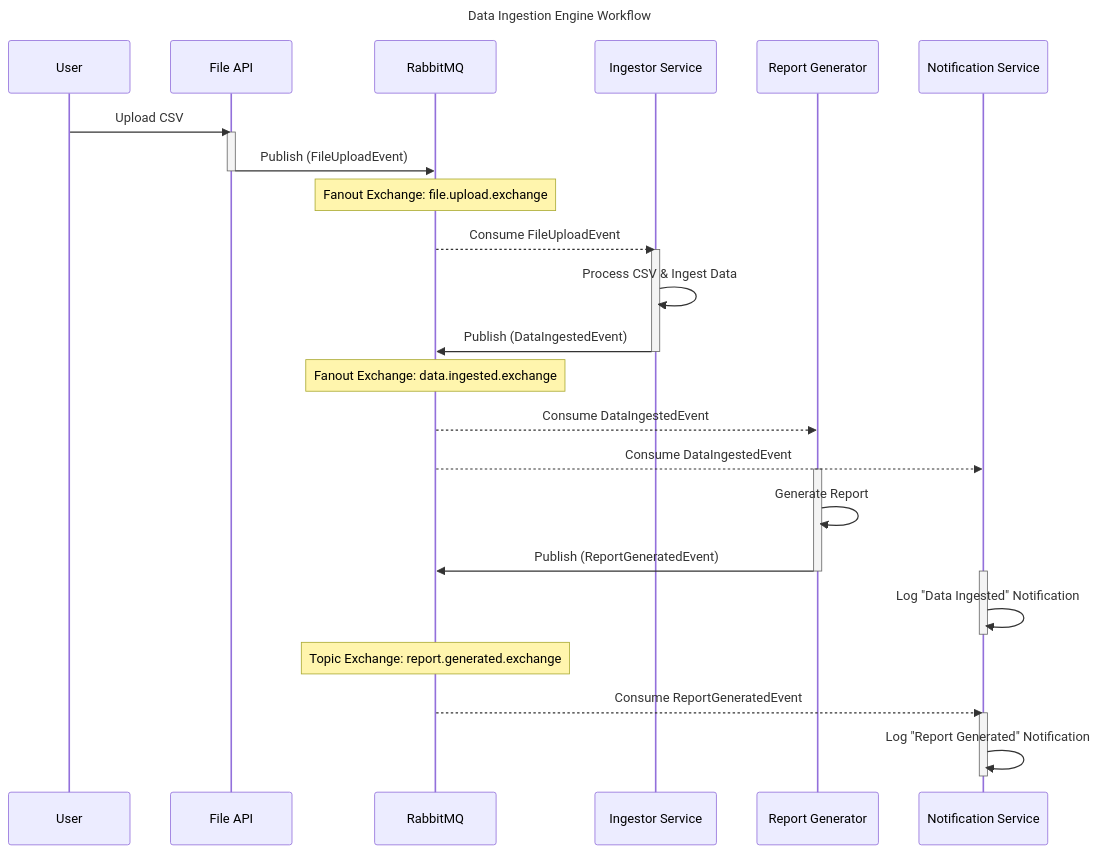
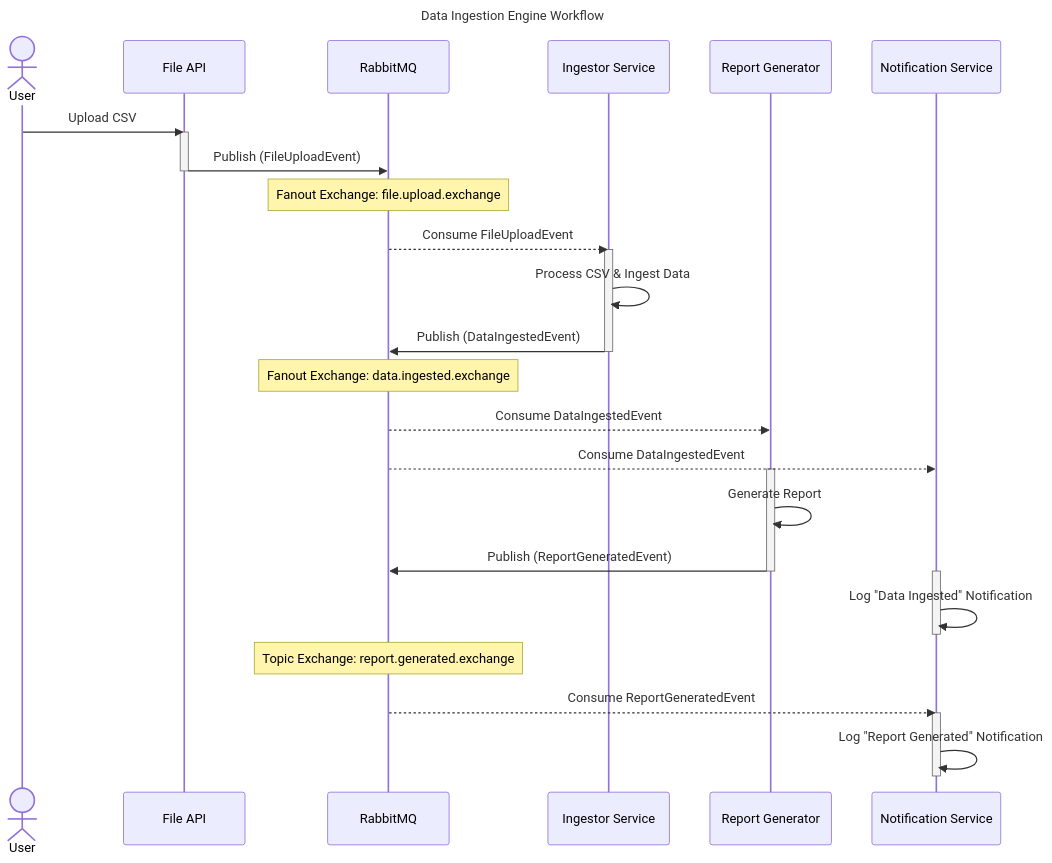
Before and after one commit to jnolasco-portfolio/rabbitmq-data-ingestion-engine: the diagram in README.md, drawn with Mermaid. The commit also changed other lines of this file, not shown here.

Commit message:
README.md User showed with Actor symbol in diagram.

````diff
--- a/README.md
+++ b/README.md
@@ -19,44 +19,44 @@
 ```mermaid
 sequenceDiagram
-    participant User
+    actor User
     participant FileAPI as File API
     participant RabbitMQ
     participant Ingestor as Ingestor Service
     participant Reporter as Report Generator
     participant Notifier as Notification Service
 
     title Data Ingestion Engine Workflow
     
     User->>FileAPI: Upload CSV
     activate FileAPI
     FileAPI->>RabbitMQ: Publish (FileUploadEvent)
     deactivate FileAPI
 
     Note over RabbitMQ: Fanout Exchange: file.upload.exchange
     RabbitMQ-->>Ingestor: Consume FileUploadEvent
 
     activate Ingestor
     Ingestor->>Ingestor: Process CSV & Ingest Data
     Ingestor->>RabbitMQ: Publish (DataIngestedEvent)
     deactivate Ingestor
 
     Note over RabbitMQ: Fanout Exchange: data.ingested.exchange
     RabbitMQ-->>Reporter: Consume DataIngestedEvent
     RabbitMQ-->>Notifier: Consume DataIngestedEvent
 
     activate Reporter
     Reporter->>Reporter: Generate Report
     Reporter->>RabbitMQ: Publish (ReportGeneratedEvent)
     deactivate Reporter
     
     activate Notifier
     Notifier->>Notifier: Log "Data Ingested" Notification
     deactivate Notifier
 
     Note over RabbitMQ: Topic Exchange: report.generated.exchange
     RabbitMQ-->>Notifier: Consume ReportGeneratedEvent
 
     activate Notifier
     Notifier->>Notifier: Log "Report Generated" Notification
     deactivate Notifier
 ```
````
